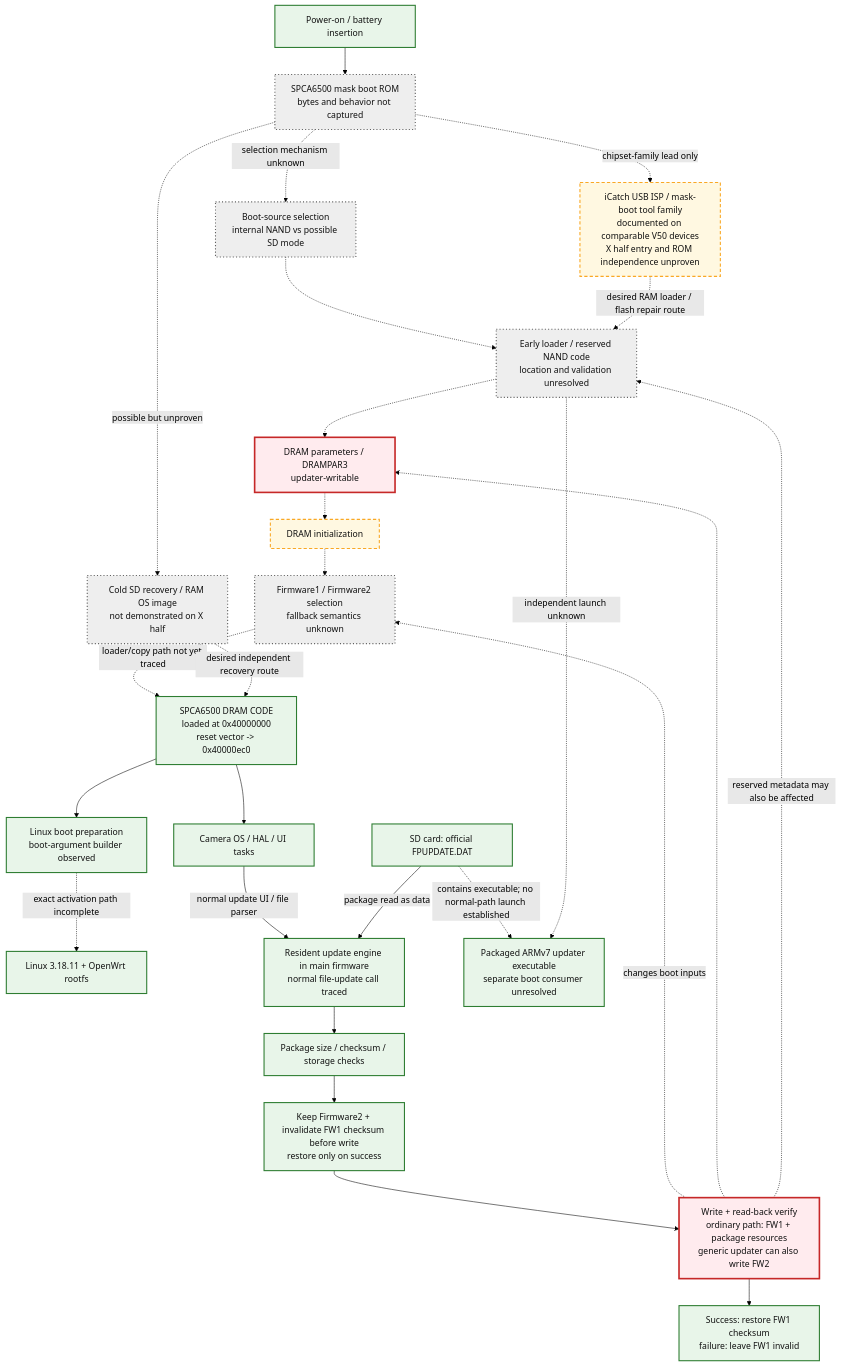
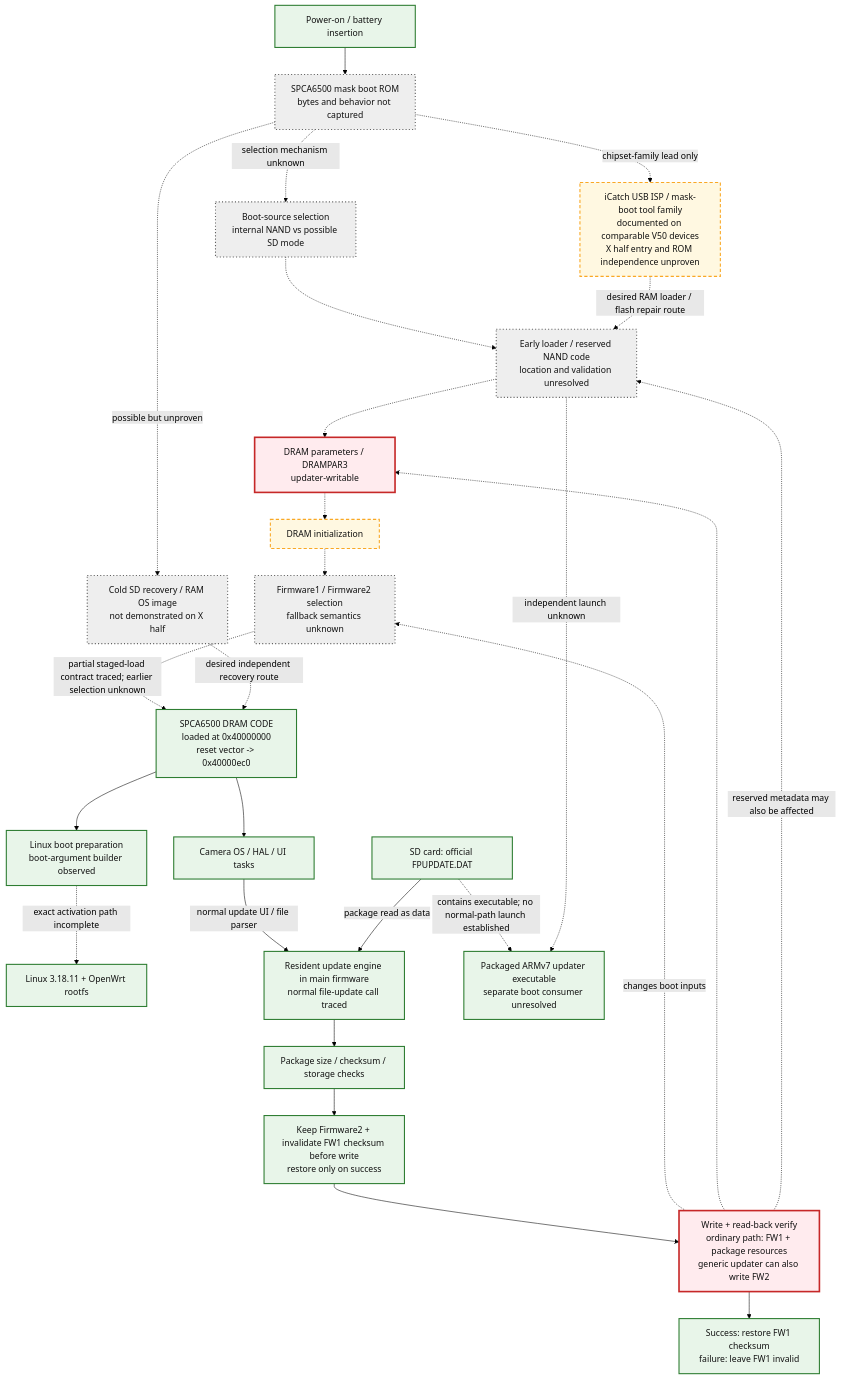
Before and after one commit to yiweig/fujifilm-firmware-playground: the second of 3 diagrams in analysis/hardware-and-boot-diagrams.md, drawn with Mermaid (forest theme). The commit also changed other lines of this file and 4 other files, not shown here.

Commit message:
Consolidate firmware architecture and RAM recovery priorities

````diff
--- a/analysis/hardware-and-boot-diagrams.md
+++ b/analysis/hardware-and-boot-diagrams.md
@@ -110,58 +117,58 @@
 ```mermaid
 flowchart TD
   classDef observed fill:#e8f5e9,stroke:#2e7d32,stroke-width:2px,color:#111;
   classDef inferred fill:#fff8e1,stroke:#f9a825,stroke-width:2px,stroke-dasharray:6 4,color:#111;
   classDef unknown fill:#eeeeee,stroke:#616161,stroke-width:2px,stroke-dasharray:2 4,color:#111;
   classDef critical fill:#ffebee,stroke:#c62828,stroke-width:3px,color:#111;
 
   power["Power-on / battery insertion"]:::observed
   rom["SPCA6500 mask boot ROM<br/>bytes and behavior not captured"]:::unknown
   source["Boot-source selection<br/>internal NAND vs possible SD mode"]:::unknown
   early["Early loader / reserved NAND code<br/>location and validation unresolved"]:::unknown
   dramparam["DRAM parameters / DRAMPAR3<br/>updater-writable"]:::critical
   draminit["DRAM initialization"]:::inferred
   choose["Firmware1 / Firmware2 selection<br/>fallback semantics unknown"]:::unknown
   main["SPCA6500 DRAM CODE<br/>loaded at 0x40000000<br/>reset vector -> 0x40000ec0"]:::observed
   camera["Camera OS / HAL / UI tasks"]:::observed
   linuxboot["Linux boot preparation<br/>boot-argument builder observed"]:::observed
   linux["Linux 3.18.11 + OpenWrt rootfs"]:::observed
 
   power --> rom
   rom -. "selection mechanism unknown" .-> source
   source -.-> early
   early -.-> dramparam
   dramparam -.-> draminit
   draminit -.-> choose
-  choose -. "loader/copy path not yet traced" .-> main
+  choose -. "partial staged-load contract traced; earlier selection unknown" .-> main
   main --> camera
   main --> linuxboot
   linuxboot -. "exact activation path incomplete" .-> linux
 
   updatecard["SD card: official FPUPDATE.DAT"]:::observed
   updater["Resident update engine in main firmware<br/>normal file-update call traced"]:::observed
   packaged["Packaged ARMv7 updater executable<br/>separate boot consumer unresolved"]:::observed
   checks["Package size / checksum / storage checks"]:::observed
   backup["Keep Firmware2 + invalidate FW1 checksum before write<br/>restore only on success"]:::observed
   writes["Write + read-back verify<br/>ordinary path: FW1 + package resources<br/>generic updater can also write FW2"]:::critical
   finish["Success: restore FW1 checksum<br/>failure: leave FW1 invalid"]:::observed
 
   camera -->|"normal update UI / file parser"| updater
   updatecard -->|"package read as data"| updater
   updatecard -. "contains executable; no normal-path launch established" .-> packaged
   early -. "independent launch unknown" .-> packaged
   updater --> checks
   checks --> backup
   backup --> writes
   writes --> finish
   writes -. "changes boot inputs" .-> choose
   writes -.-> dramparam
   writes -. "reserved metadata may also be affected" .-> early
 
   sdrecovery["Cold SD recovery / RAM OS image<br/>not demonstrated on X half"]:::unknown
   rom -. "possible but unproven" .-> sdrecovery
   sdrecovery -. "desired independent recovery route" .-> main
 
   usbisp["iCatch USB ISP / mask-boot tool family<br/>documented on comparable V50 devices<br/>X half entry and ROM independence unproven"]:::inferred
   rom -. "chipset-family lead only" .-> usbisp
   usbisp -. "desired RAM loader / flash repair route" .-> early
 ```
````
